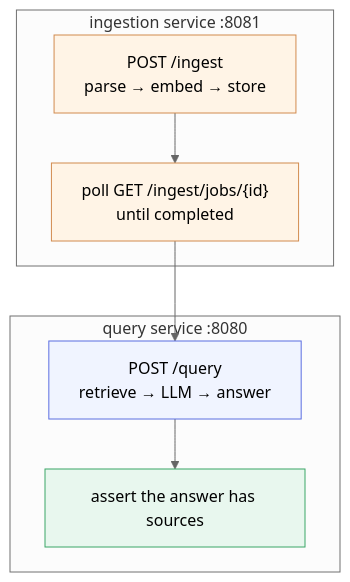
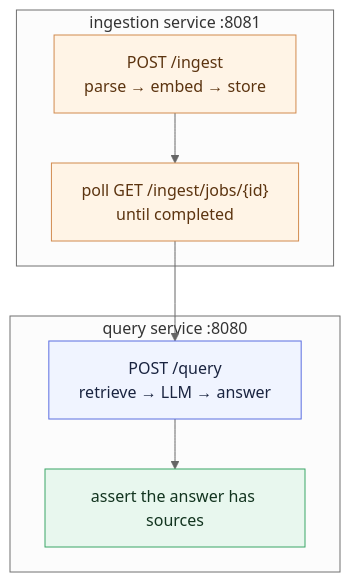
The second of 2 diagrams in chapter_4/l4/README.md (LinkedInLearning/docker-for-local-ai-app-development-build-lightweight-containerized-ai-applications-11189001), drawn with Mermaid (neutral theme) before and after one commit. The commit also changed other lines of this file and 25 other files, not shown here.

````diff
--- a/chapter_4/l4/README.md
+++ b/chapter_4/l4/README.md
@@ -54,17 +54,17 @@
 ```mermaid
 flowchart TD
     subgraph ING["ingestion service :8081"]
         A["POST /ingest<br/>parse → embed → store"] --> B["poll GET /ingest/jobs/{id}<br/>until completed"]
     end
     subgraph QRY["query service :8080"]
         C["POST /query<br/>retrieve → LLM → answer"] --> D["assert the answer has sources"]
     end
     B --> C
 
-    classDef ingest fill:#fff4e6,stroke:#d28b4f,stroke-width:1px;
-    classDef query fill:#f0f4ff,stroke:#5b6ee1,stroke-width:1px;
-    classDef check fill:#e8f7ee,stroke:#3aa667,stroke-width:1px;
+    classDef ingest fill:#fff4e6,stroke:#d28b4f,stroke-width:1px,color:#5c3410;
+    classDef query fill:#f0f4ff,stroke:#5b6ee1,stroke-width:1px,color:#1a2440;
+    classDef check fill:#e8f7ee,stroke:#3aa667,stroke-width:1px,color:#12341f;
     class A,B ingest;
     class C query;
     class D check;
 ```
````
